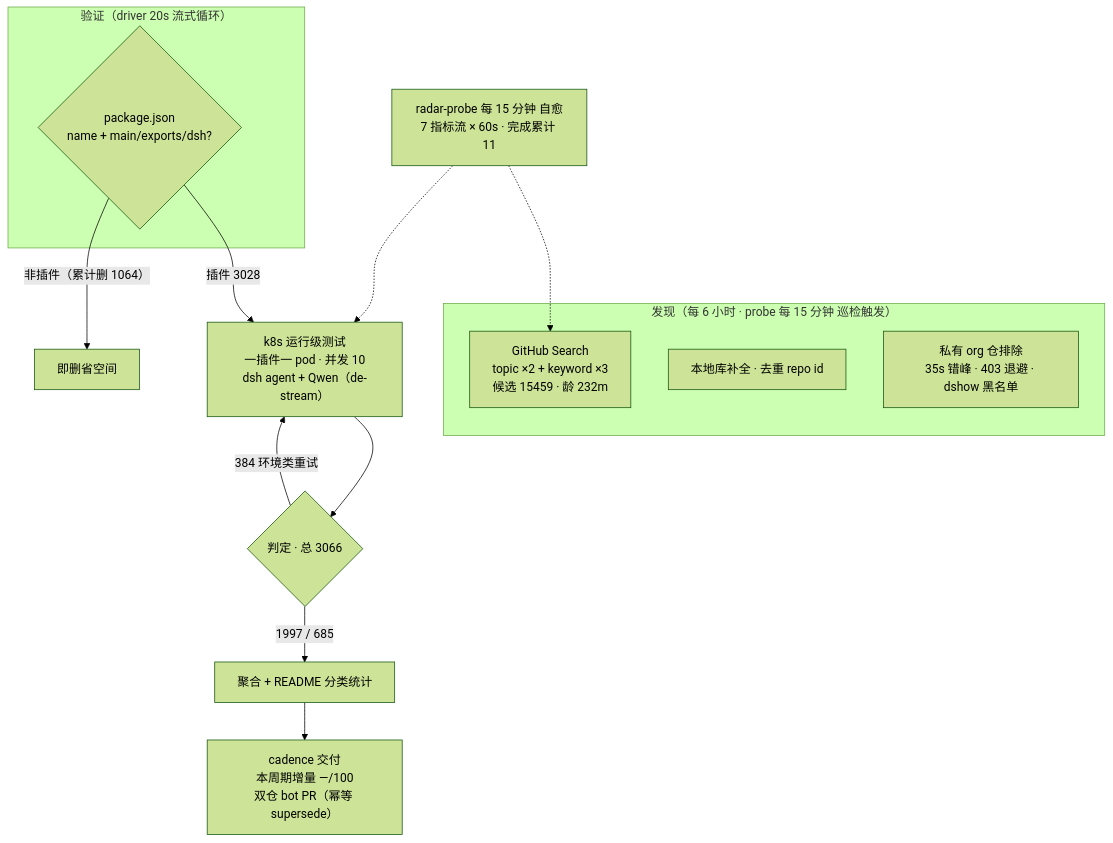
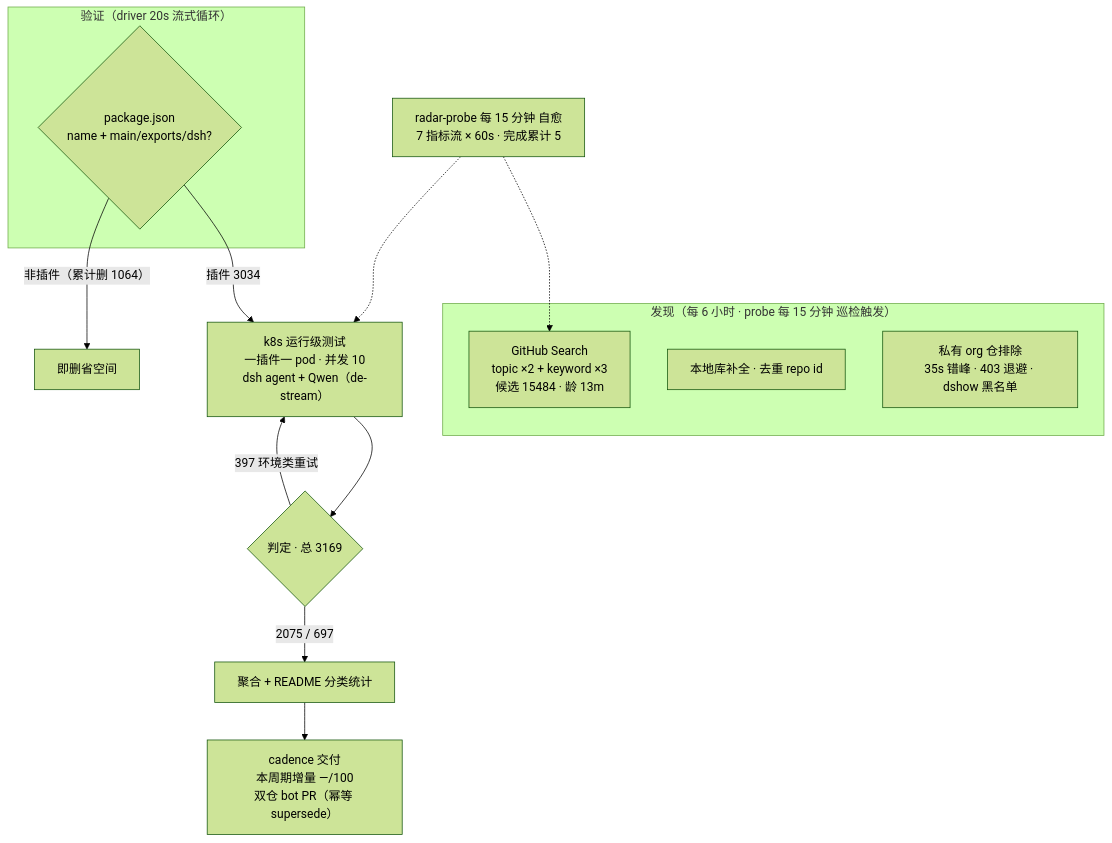
The diagram in README.md (Zhidao-Lab-OSS/awesome-dsh-plugins), drawn with Mermaid (forest theme) before and after one commit. The commit also changed other lines of this file and 1 other file, not shown here.

````diff
--- a/README.md
+++ b/README.md
@@ -37,20 +37,20 @@
 ```mermaid
 flowchart TB
     subgraph Discovery["发现（每 6 小时 · probe 每 15 分钟 巡检触发）"]
-        A1["GitHub Search<br/>topic ×2 + keyword ×3<br/>候选 15459 · 龄 232m"]
+        A1["GitHub Search<br/>topic ×2 + keyword ×3<br/>候选 15484 · 龄 13m"]
         A2["本地库补全 · 去重 repo id"]
         A3["私有 org 仓排除<br/>35s 错峰 · 403 退避 · dshow 黑名单"]
     end
     subgraph Validation["验证（driver 20s 流式循环）"]
         B1{"package.json<br/>name + main/exports/dsh?"}
     end
-    B1 -->|"插件 3028"| C1["k8s 运行级测试<br/>一插件一 pod · 并发 10<br/>dsh agent + Qwen（de-stream）"]
+    B1 -->|"插件 3034"| C1["k8s 运行级测试<br/>一插件一 pod · 并发 10<br/>dsh agent + Qwen（de-stream）"]
     B1 -->|"非插件（累计删 1064）"| B3["即删省空间"]
-    C1 --> D1{"判定 · 总 3066"}
-    D1 -->|"1997 / 685"| E1["聚合 + README 分类统计"]
-    D1 -->|"384 环境类重试"| C1
+    C1 --> D1{"判定 · 总 3169"}
+    D1 -->|"2075 / 697"| E1["聚合 + README 分类统计"]
+    D1 -->|"397 环境类重试"| C1
     E1 --> E2["cadence 交付<br/>本周期增量 —/100<br/>双仓 bot PR（幂等 supersede）"]
-    M["radar-probe 每 15 分钟 自愈<br/>7 指标流 × 60s · 完成累计 11"]
+    M["radar-probe 每 15 分钟 自愈<br/>7 指标流 × 60s · 完成累计 5"]
     M -.-> A1
     M -.-> C1
 ```
````
